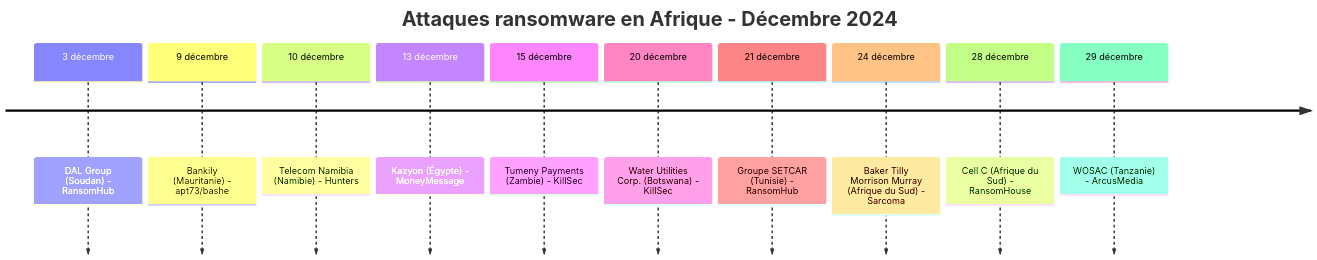
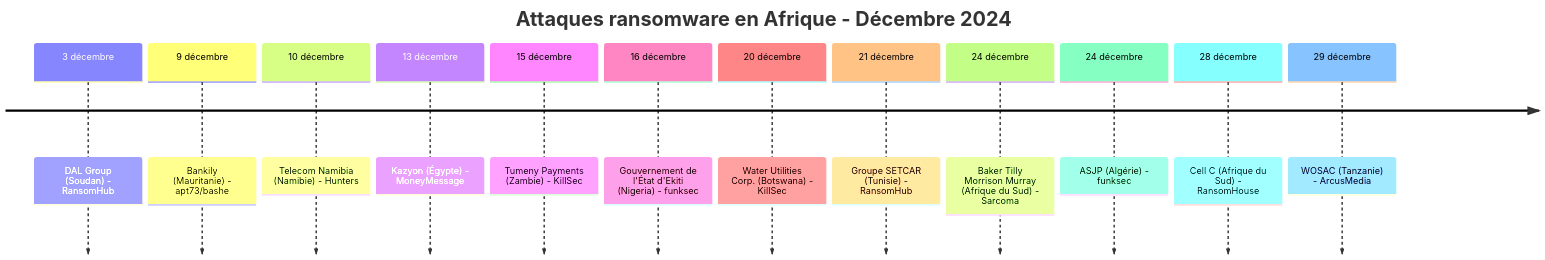
The first of 4 diagrams in CyberAttackAfrica/2024/12-december/README_FR.md (Hatchepsoute/AFRINTEL), drawn with Mermaid before and after one commit. The commit also changed other lines of this file and 255 other files, not shown here.

````diff
--- a/CyberAttackAfrica/2024/12-december/README_FR.md
+++ b/CyberAttackAfrica/2024/12-december/README_FR.md
@@ -41,14 +43,16 @@
 ```mermaid
 timeline
     title Attaques ransomware en Afrique - Décembre 2024
     3 décembre : DAL Group (Soudan) - RansomHub
     9 décembre : Bankily (Mauritanie) - apt73/bashe
     10 décembre : Telecom Namibia (Namibie) - Hunters
     13 décembre : Kazyon (Égypte) - MoneyMessage
     15 décembre : Tumeny Payments (Zambie) - KillSec
+    16 décembre : Gouvernement de l'État d'Ekiti (Nigeria) - funksec
     20 décembre : Water Utilities Corp. (Botswana) - KillSec
     21 décembre : Groupe SETCAR (Tunisie) - RansomHub
     24 décembre : Baker Tilly Morrison Murray (Afrique du Sud) - Sarcoma
+    24 décembre : ASJP (Algérie) - funksec
     28 décembre : Cell C (Afrique du Sud) - RansomHouse
     29 décembre : WOSAC (Tanzanie) - ArcusMedia
 ```
````
